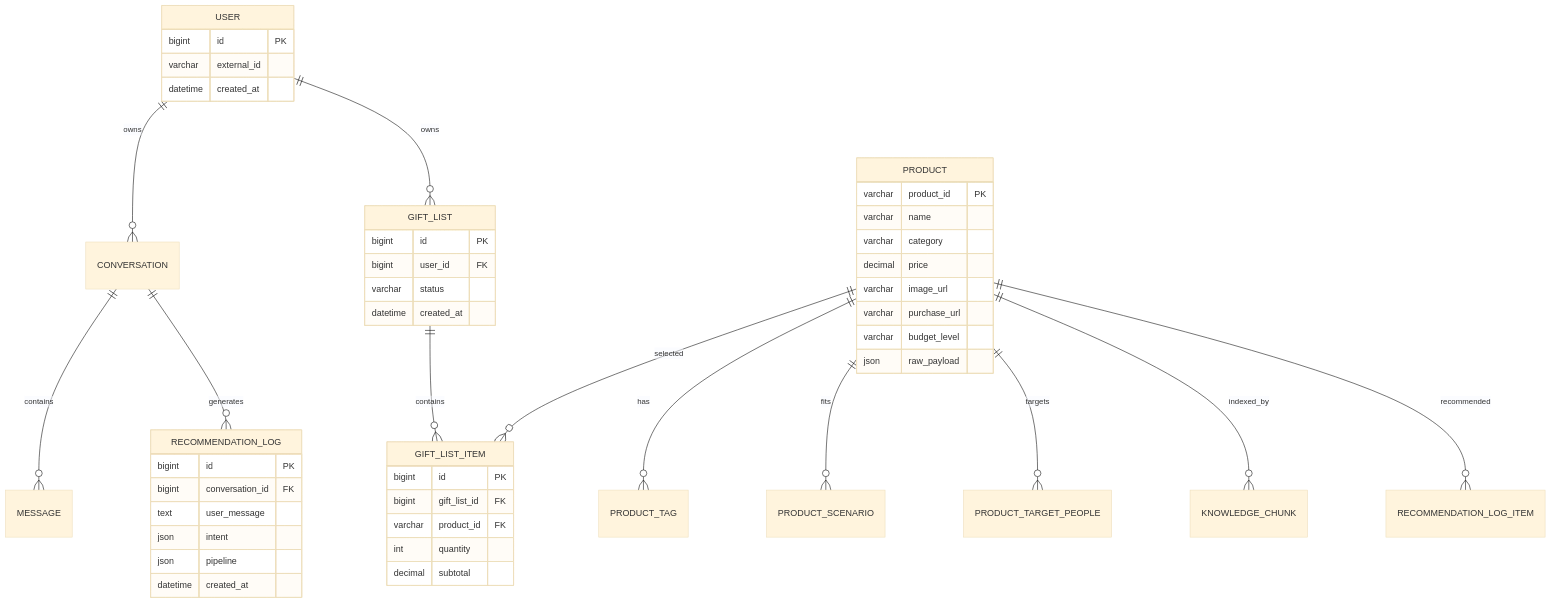
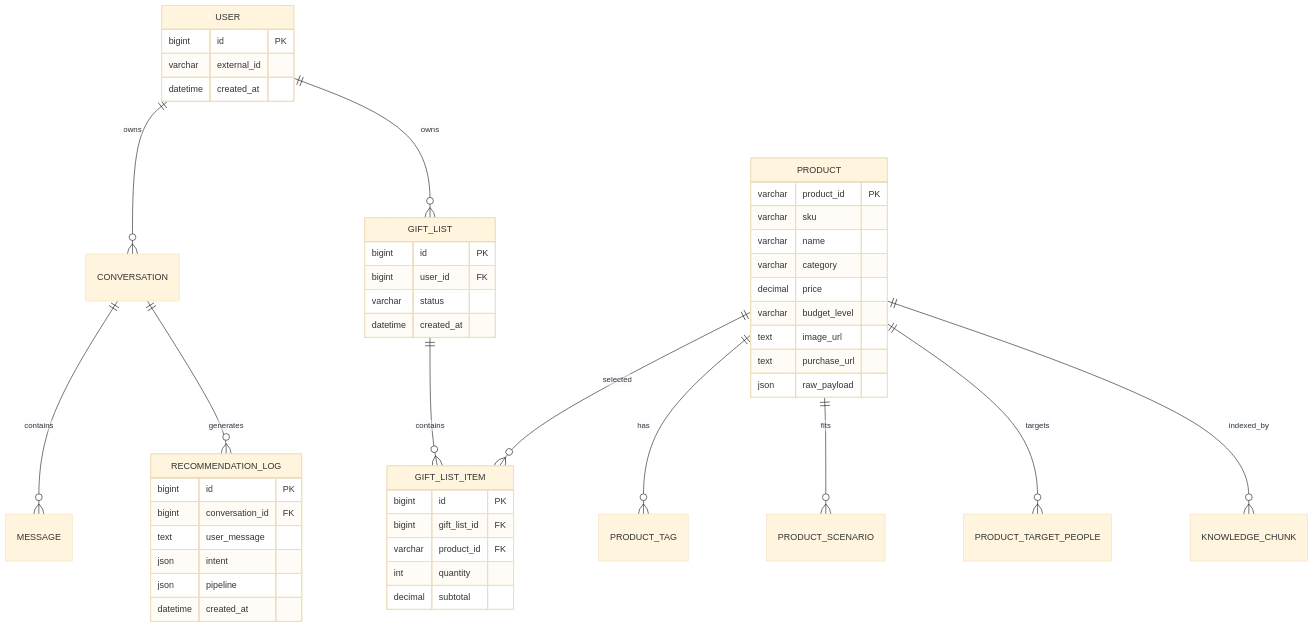
One commit to yangcxc-svg/jingli-ui-demo changed the third of 4 diagrams in docs/technical-solution.md. Above: the diagram before and after it, drawn with Mermaid (base theme). The commit also changed other lines of this file and 1 other file, not shown here.

````diff
--- a/docs/technical-solution.md
+++ b/docs/technical-solution.md
@@ -494,55 +511,55 @@
 ```mermaid
 erDiagram
   USER ||--o{ CONVERSATION : owns
   CONVERSATION ||--o{ MESSAGE : contains
   USER ||--o{ GIFT_LIST : owns
   GIFT_LIST ||--o{ GIFT_LIST_ITEM : contains
   PRODUCT ||--o{ GIFT_LIST_ITEM : selected
   PRODUCT ||--o{ PRODUCT_TAG : has
   PRODUCT ||--o{ PRODUCT_SCENARIO : fits
   PRODUCT ||--o{ PRODUCT_TARGET_PEOPLE : targets
   PRODUCT ||--o{ KNOWLEDGE_CHUNK : indexed_by
   CONVERSATION ||--o{ RECOMMENDATION_LOG : generates
-  PRODUCT ||--o{ RECOMMENDATION_LOG_ITEM : recommended
 
   USER {
     bigint id PK
     varchar external_id
     datetime created_at
   }
 
   PRODUCT {
     varchar product_id PK
+    varchar sku
     varchar name
     varchar category
     decimal price
-    varchar image_url
-    varchar purchase_url
     varchar budget_level
+    text image_url
+    text purchase_url
     json raw_payload
   }
 
   GIFT_LIST {
     bigint id PK
     bigint user_id FK
     varchar status
     datetime created_at
   }
 
   GIFT_LIST_ITEM {
     bigint id PK
     bigint gift_list_id FK
     varchar product_id FK
     int quantity
     decimal subtotal
   }
 
   RECOMMENDATION_LOG {
     bigint id PK
     bigint conversation_id FK
     text user_message
     json intent
     json pipeline
     datetime created_at
   }
 ```
````
